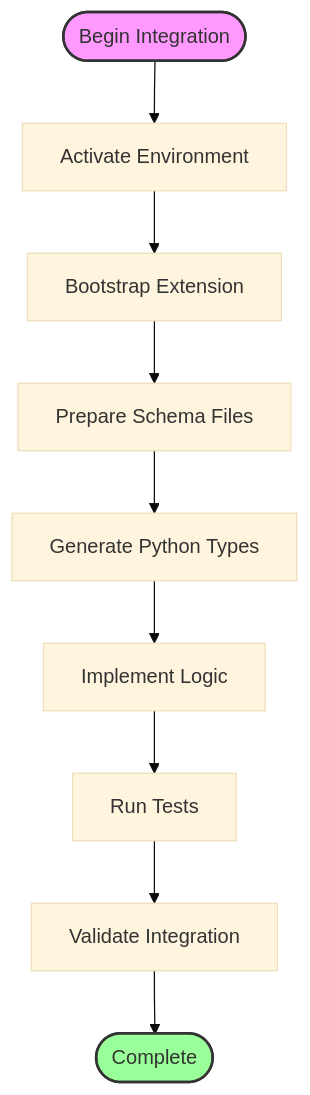
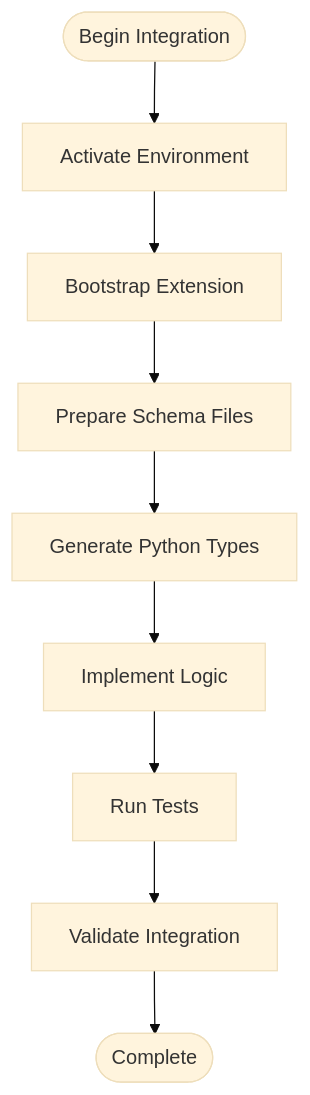
The first of 2 diagrams in apps/web/src/app/docs/developing/carrier-integration/page.mdx (karrioapi/karrio), drawn with Mermaid (base theme) before and after one commit. The commit also changed 34 other files, not shown here.

````diff
--- a/apps/web/src/app/docs/developing/carrier-integration/page.mdx
+++ b/apps/web/src/app/docs/developing/carrier-integration/page.mdx
@@ -24,14 +24,13 @@
 ```mermaid
 flowchart TD
     Start([Begin Integration]) --> Env[Activate Environment]
     Env --> Bootstrap[Bootstrap Extension]
     Bootstrap --> Schemas[Prepare Schema Files]
     Schemas --> Generate[Generate Python Types]
     Generate --> Implement[Implement Logic]
     Implement --> Test[Run Tests]
     Test --> Validate[Validate Integration]
     Validate --> End([Complete])
 
-    style Start fill:#f9f,stroke:#333,stroke-width:2px
-    style End fill:#9f9,stroke:#333,stroke-width:2px
+    
 ```
````
